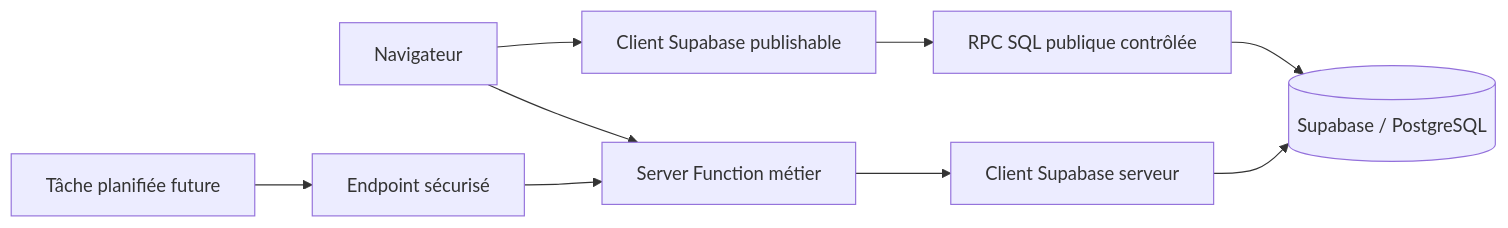
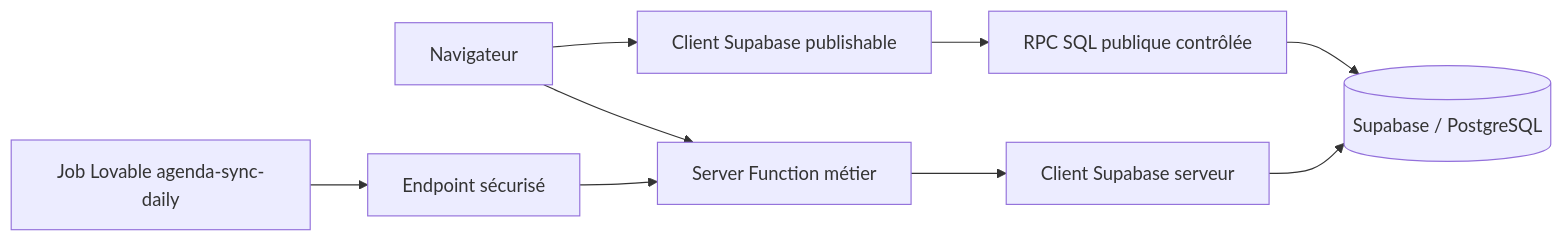
One commit to fbocognano-netizen/lenidor-hyeres changed the diagram in docs/supabase-architecture.md. Above: the diagram before and after it, drawn with Mermaid. The commit also changed other lines of this file and 6 other files, not shown here.

Commit message:
Trace agenda sync job steps

````diff
--- a/docs/supabase-architecture.md
+++ b/docs/supabase-architecture.md
@@ -9,11 +9,11 @@
 ```mermaid
 flowchart LR
   B[Navigateur] --> F[Server Function métier]
   F --> A[Client Supabase serveur]
   A --> DB[(Supabase / PostgreSQL)]
   B --> P[Client Supabase publishable]
   P --> R[RPC SQL publique contrôlée]
   R --> DB
-  S[Tâche planifiée future] --> H[Endpoint sécurisé]
+  S[Job Lovable agenda-sync-daily] --> H[Endpoint sécurisé]
   H --> F
 ```
````
